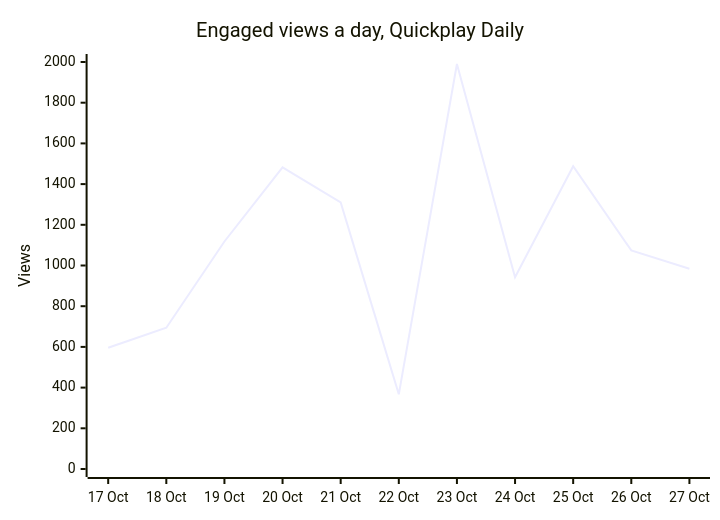
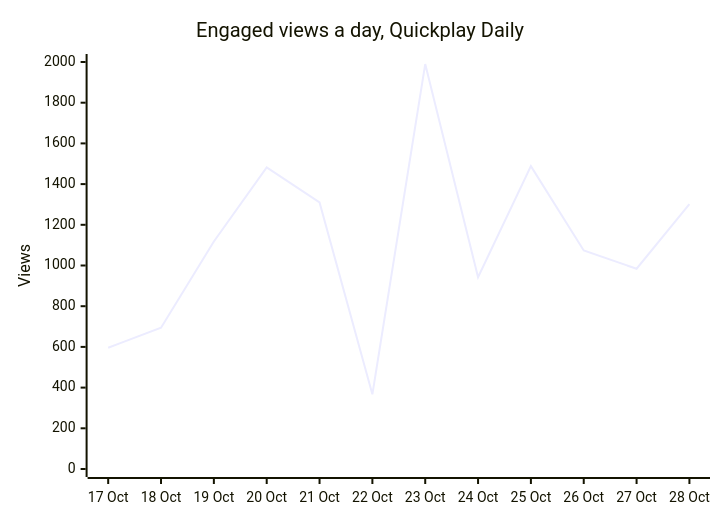
The diagram in README.md (quickplay-studio/quickplay-autopilot), drawn with Mermaid before and after one commit. The commit also changed other lines of this file and 21 other files, not shown here.

````diff
--- a/README.md
+++ b/README.md
@@ -46,7 +46,7 @@
 ```mermaid
 xychart-beta
     title "Engaged views a day, Quickplay Daily"
-    x-axis ["17 Oct", "18 Oct", "19 Oct", "20 Oct", "21 Oct", "22 Oct", "23 Oct", "24 Oct", "25 Oct", "26 Oct", "27 Oct"]
+    x-axis ["17 Oct", "18 Oct", "19 Oct", "20 Oct", "21 Oct", "22 Oct", "23 Oct", "24 Oct", "25 Oct", "26 Oct", "27 Oct", "28 Oct"]
     y-axis "Views" 0 --> 2000
-    line [596, 694, 1118, 1482, 1310, 367, 1990, 942, 1488, 1074, 984]
+    line [596, 694, 1118, 1482, 1310, 367, 1990, 942, 1488, 1074, 984, 1302]
 ```
````
